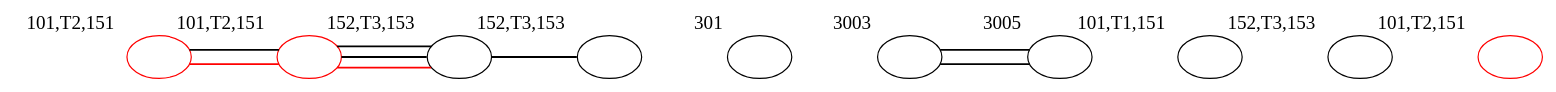
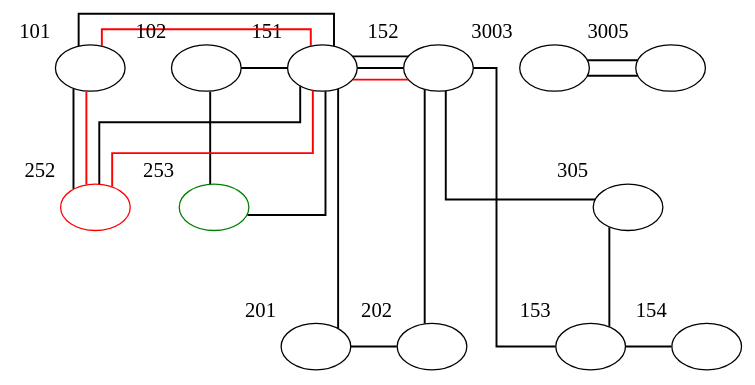
The diagram in GUI/WindowsFormsApplication1/bin/Debug/temp.dot (Sina1/4E1S), drawn with Graphviz before and after one commit. The commit also changed 15 other files, not shown here.

```diff
--- a/GUI/WindowsFormsApplication1/bin/Debug/temp.dot
+++ b/GUI/WindowsFormsApplication1/bin/Debug/temp.dot
@@ -1,33 +1,47 @@
 digraph G {
-            graph [splines=ortho, nodesep=1 ranksep=1 margin=0.5];
+            graph [splines=ortho, nodesep=0.5 ranksep=1 margin=1];
             edge [arrowhead=none,arrowtail=none ];
 
-            forcelabels=true;		{ rank=same 101 151 152 ;}
-{ rank=same 153 301 3003 ;}
-{ rank=same 3005 101 301 ;}
-{ rank=same 301 301 101,T1,151 ;}
-{ rank=same 152,T3,153 101,T2,151 ;}
+            forcelabels=true;		{ rank=same 101 102 151 152 ;}
+{ rank=same 153 154 201 202 ;}
+{ rank=same 3003 3005 101 102 ;}
+{ rank=same 252 253 305 252 ;}
 		101[ xlabel="101" fontsize=16 label="" ];
+		102[ xlabel="102" fontsize=16 label="" ];
 		151[ xlabel="151" fontsize=16 label="" ];
 		152[ xlabel="152" fontsize=16 label="" ];
 		153[ xlabel="153" fontsize=16 label="" ];
-		301[ xlabel="301" fontsize=16 label="" ];
+		154[ xlabel="154" fontsize=16 label="" ];
+		201[ xlabel="201" fontsize=16 label="" ];
+		202[ xlabel="202" fontsize=16 label="" ];
 		3003[ xlabel="3003" fontsize=16 label="" ];
 		3005[ xlabel="3005" fontsize=16 label="" ];
 		101[ xlabel="101" fontsize=16 label="" ];
-		301[ xlabel="301" fontsize=16 label="" ];
-		301[ xlabel="301" fontsize=16 label="" ];
-		301[ xlabel="301" fontsize=16 label="" ];
-		101,T1,151[ xlabel="101,T1,151" fontsize=16 label="" ];
-		152,T3,153[ xlabel="152,T3,153" fontsize=16 label="" ];
-		101,T2,151[ xlabel="101,T2,151" fontsize=16 label="" color ="red"];
+		102[ xlabel="102" fontsize=16 label="" ];
+		252[ xlabel="252" fontsize=16 label="" ];
+		253[ xlabel="253" fontsize=16 label="" color ="green"];
+		305[ xlabel="305" fontsize=16 label="" ];
+		252[ xlabel="252" fontsize=16 label="" color ="red"];
 		101 -> 151 [penwidth=1.5 shape=none ] ;
+		102 -> 151 [penwidth=1.5 shape=none ] ;
 		151 -> 152 [penwidth=1.5 shape=none ] ;
+		151 -> 201 [penwidth=1.5 shape=none ] ;
 		151 -> 152 [penwidth=1.5 shape=none ] ;
+		152 -> 202 [penwidth=1.5 shape=none ] ;
 		152 -> 153 [penwidth=1.5 shape=none ] ;
+		153 -> 154 [penwidth=1.5 shape=none ] ;
+		201 -> 202 [penwidth=1.5 shape=none ] ;
 		3003 -> 3005 [penwidth=1.5 shape=none ] ;
 		3003 -> 3005 [penwidth=1.5 shape=none ] ;
 		151 -> 152 [penwidth=1.5 shape=none color ="red"] ;
 		101 -> 151 [penwidth=1.5 shape=none color ="red"] ;
+		101 -> 252 [penwidth=1.5 shape=none ] ;
+		252 -> 151 [penwidth=1.5 shape=none ] ;
+		102 -> 253 [penwidth=1.5 shape=none ] ;
+		253 -> 151 [penwidth=1.5 shape=none ] ;
+		152 -> 305 [penwidth=1.5 shape=none ] ;
+		305 -> 153 [penwidth=1.5 shape=none ] ;
+		101 -> 252 [penwidth=1.5 shape=none color ="red"] ;
+		252 -> 151 [penwidth=1.5 shape=none color ="red"] ;
 
 }
```
